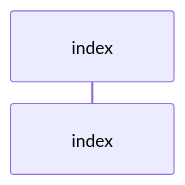
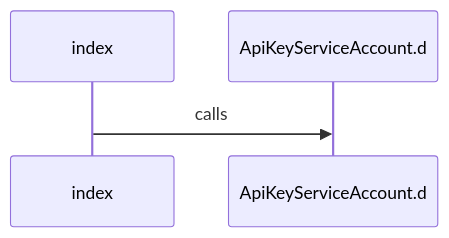
The diagram in .diagram/sequence.mmd (jscraik/Design-System), drawn with Mermaid before and after one commit. The commit also changed 12 other files, not shown here.

Commit message:
docs(diagrams): refresh architecture diagrams after migration

```diff
--- a/.diagram/sequence.mmd
+++ b/.diagram/sequence.mmd
@@ -1,2 +1,4 @@
 sequenceDiagram
   participant index_1bc04b52 as index
+  participant ApiKeyServiceAccount_d_5792c8e5 as ApiKeyServiceAccount.d
+  index_1bc04b52->>ApiKeyServiceAccount_d_5792c8e5: calls
```
